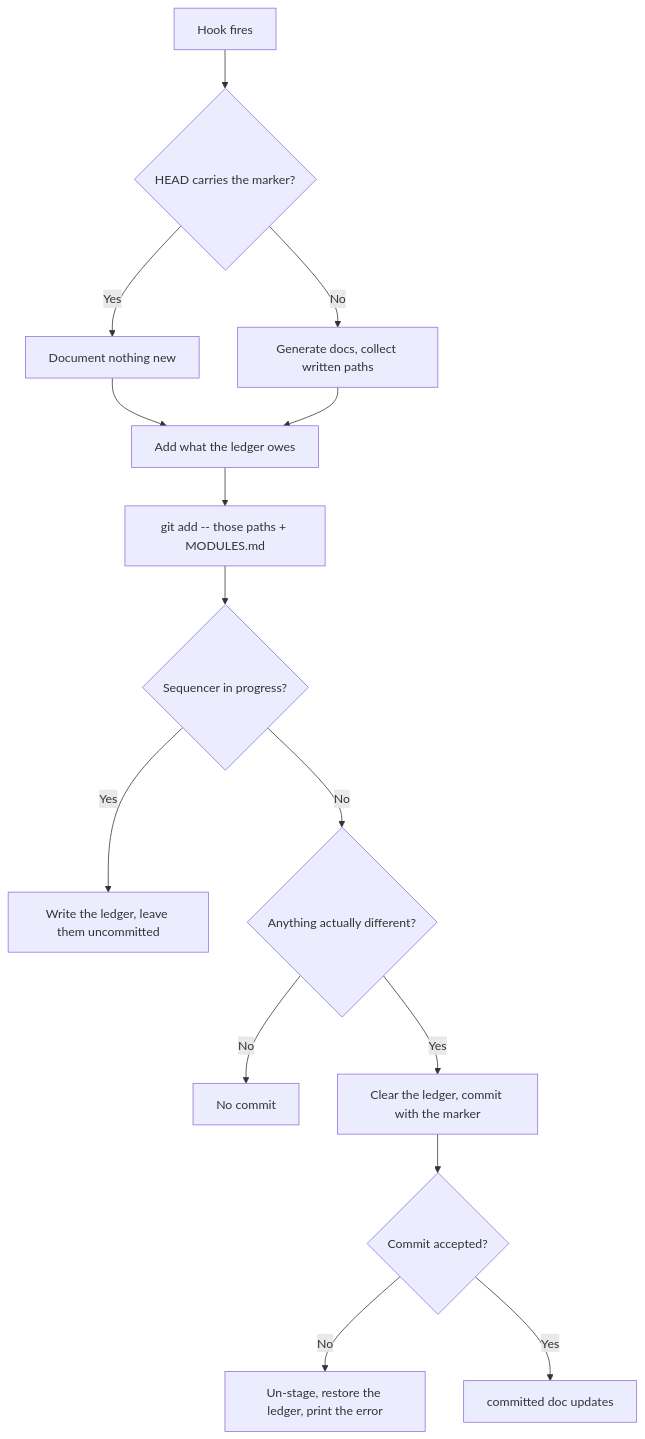
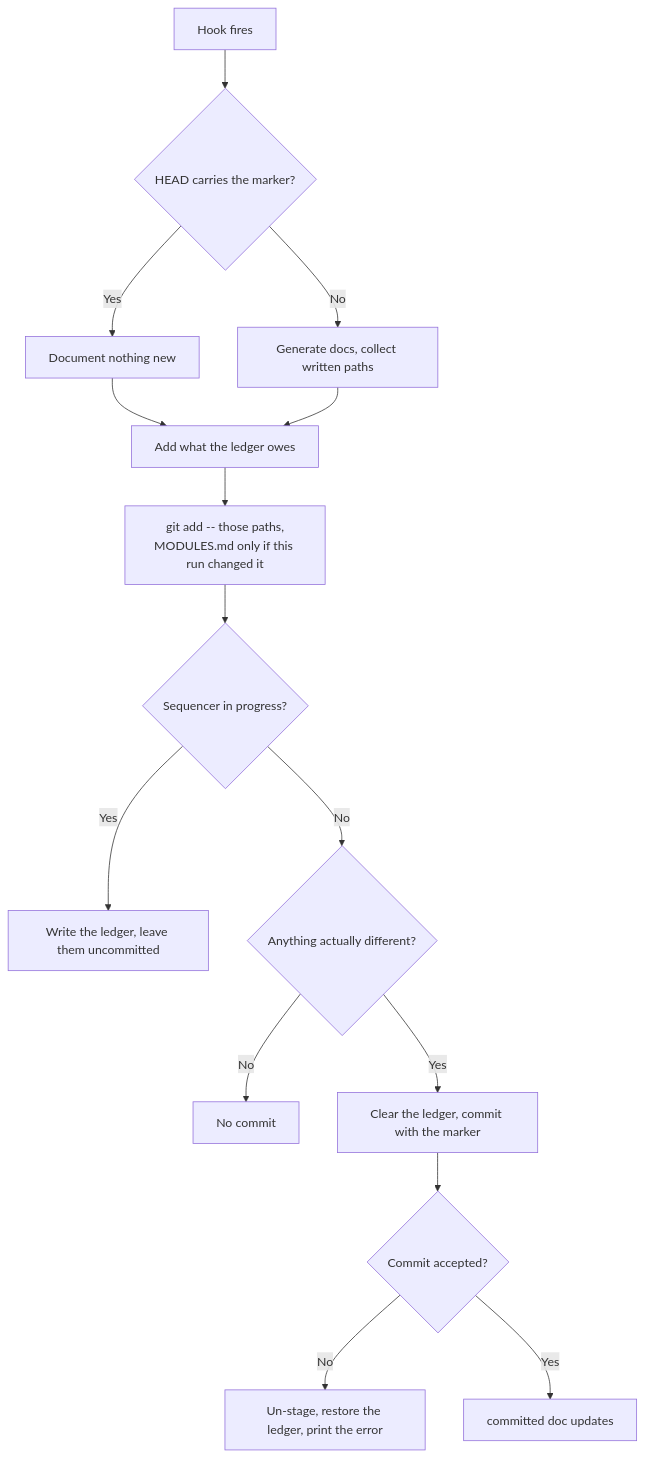
The diagram in specs/documentation/auto-doc-commit.md (danyyacoub/specky), drawn with Mermaid before and after one commit. The commit also changed other lines of this file and 3 other files, not shown here.

````diff
--- a/specs/documentation/auto-doc-commit.md
+++ b/specs/documentation/auto-doc-commit.md
@@ -23,17 +23,17 @@
 ```mermaid
 flowchart TD
     A[Hook fires] --> B{HEAD carries the marker?}
     B -->|Yes| C[Document nothing new]
     B -->|No| D[Generate docs, collect written paths]
     C --> E[Add what the ledger owes]
     D --> E
-    E --> F[git add -- those paths + MODULES.md]
+    E --> F[git add -- those paths,<br/>MODULES.md only if this run changed it]
     F --> G{Sequencer in progress?}
     G -->|Yes| H[Write the ledger, leave them uncommitted]
     G -->|No| I{Anything actually different?}
     I -->|No| J[No commit]
     I -->|Yes| K[Clear the ledger, commit with the marker]
     K --> L{Commit accepted?}
     L -->|No| M[Un-stage, restore the ledger, print the error]
     L -->|Yes| N[committed doc updates]
 ```
````
